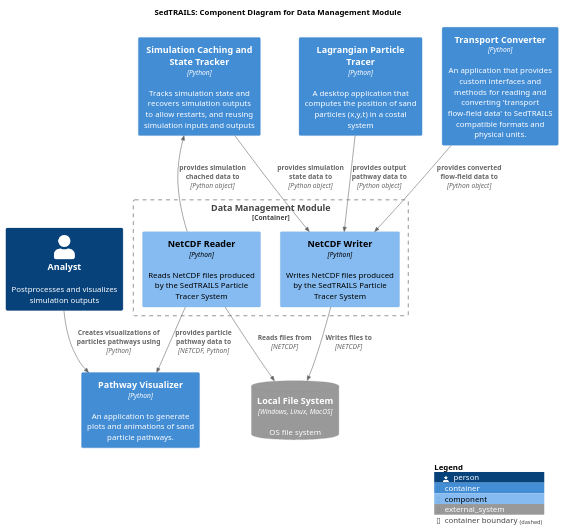
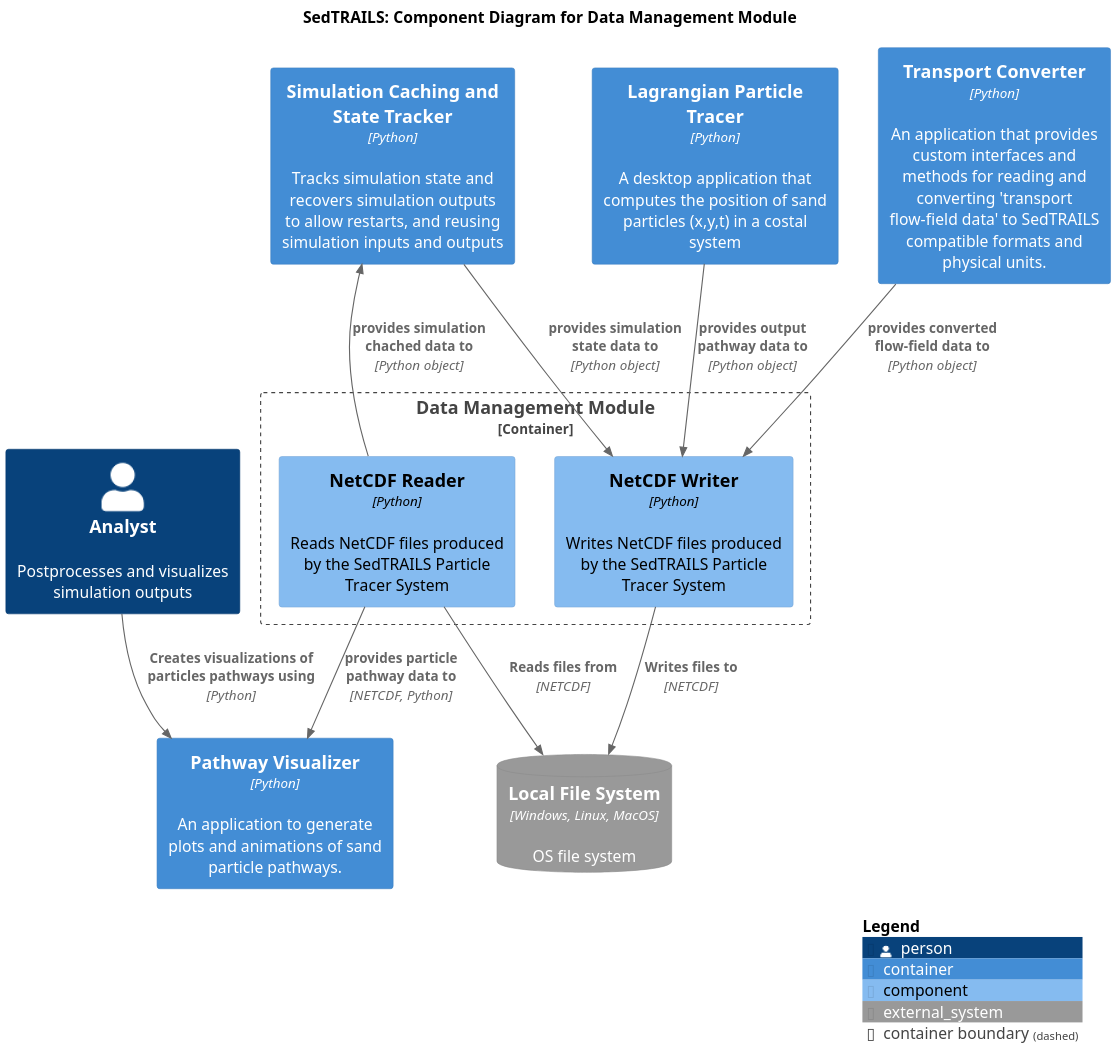
One commit to sgpearson17/sedtrails-sgp changed the diagram in diagrams/componets-data-app.puml. Above: the diagram before and after it, drawn with PlantUML. The commit also changed 5 other files, not shown here.

```diff
--- a/diagrams/componets-data-app.puml
+++ b/diagrams/componets-data-app.puml
@@ -1,37 +1,37 @@
-@startuml SedtrailComponentsConverter
+@startuml SedtrailComponentsDataManagement
 !include ./c4/C4_Component.puml
 
 ' LAYOUT_LANDSCAPE()
 
 title SedTRAILS: Component Diagram for Data Management Module
-scale 1
+scale 2
 
 Person(analyst, "Analyst", "Postprocesses and visualizes simulation outputs")
 
 Container(pathwayVisualizer, "Pathway Visualizer", "Python", "An application to generate plots and animations of sand particle pathways.")
 Container(cache, "Simulation Caching and State Tracker", "Python", "Tracks simulation state and recovers simulation outputs to allow restarts, and reusing simulation inputs and outputs")
 
 Container(particleTracer, "Lagrangian Particle Tracer", "Python", "A desktop application that computes the position of sand particles (x,y,t) in a costal system")
 
 Container(transportConverter, "Transport Converter", "Python", "An application that provides custom interfaces and methods for reading and converting 'transport flow-field data' to SedTRAILS compatible formats and physical units.")
 
 SystemDb_Ext(fileSystem, "Local File System", "OS file system", $type="Windows, Linux, MacOS")
 
 Container_Boundary(dataManager, "Data Management Module", "Python", "An application that manage data and files produced by the SedTRAILS Pacticle Tracer System"){
     Component(fileReader, "NetCDF Reader", "Python", "Reads NetCDF files produced by the SedTRAILS Particle Tracer System")
     Component(fileWriter, "NetCDF Writer", "Python", "Writes NetCDF files produced by the SedTRAILS Particle Tracer System")
 }
 
 Rel(fileReader, fileSystem, "Reads files from", "NETCDF")
 Rel(fileWriter, fileSystem, "Writes files to", "NETCDF")
 Rel(transportConverter, fileWriter, "provides converted flow-field data to", "Python object")
 Rel(particleTracer, fileWriter, "provides output pathway data to", "Python object")
 Rel(cache, fileWriter, "provides simulation state data to", "Python object")
 
 Rel(fileReader, cache, "provides simulation chached data to", "Python object")
 
 Rel(fileReader, pathwayVisualizer, "provides particle pathway data to", "NETCDF, Python")
 Rel(analyst, pathwayVisualizer, "Creates visualizations of particles pathways using", "Python")
 
 SHOW_LEGEND()
 @enduml
```
